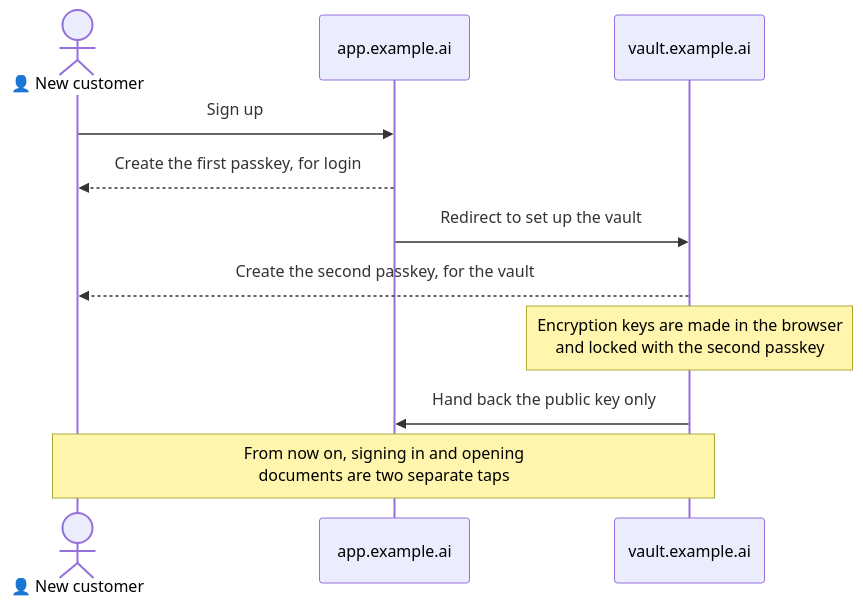
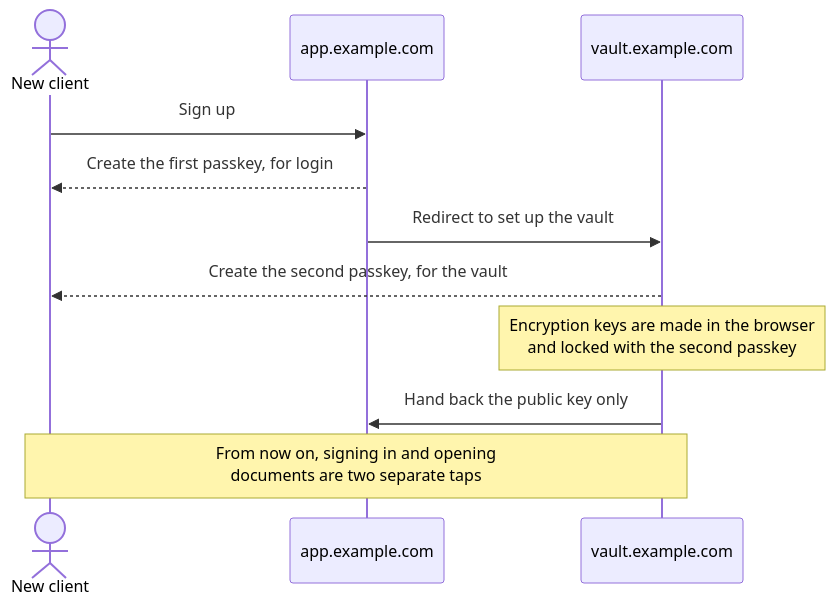
The fifth of 16 diagrams in src/content/blog/2026-11-12--sharing-encrypted-documents-without-trusting-your-server.md (kigster/kigre-astro), drawn with Mermaid before and after one commit. The commit also changed other lines of this file and 4 other files, not shown here.

````diff
--- a/src/content/blog/2026-11-12--sharing-encrypted-documents-without-trusting-your-server.md
+++ b/src/content/blog/2026-11-12--sharing-encrypted-documents-without-trusting-your-server.md
@@ -224,13 +276,13 @@
 ```mermaid
 sequenceDiagram
-    actor U as 👤 New customer
-    participant A as app.example.ai
-    participant V as vault.example.ai
+    actor U as New client
+    participant A as app.example.com
+    participant V as vault.example.com
     U->>A: Sign up
     A-->>U: Create the first passkey, for login
     A->>V: Redirect to set up the vault
     V-->>U: Create the second passkey, for the vault
     Note over V: Encryption keys are made in the browser<br/>and locked with the second passkey
     V->>A: Hand back the public key only
     Note over U,V: From now on, signing in and opening<br/>documents are two separate taps
 ```
````
